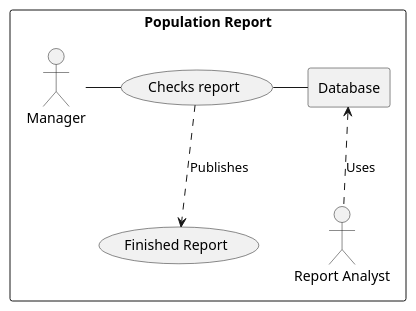
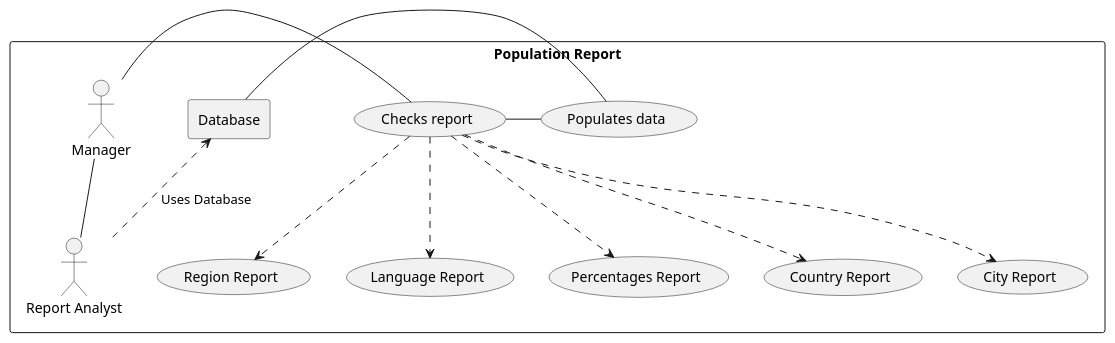
One commit to petertheverner/semethods changed the diagram in usecases/Population Report.puml. Above: the diagram before and after it, drawn with PlantUML.

Commit message:
Updated diagram

```diff
--- a/usecases/Population Report.puml
+++ b/usecases/Population Report.puml
@@ -1,20 +1,30 @@
 @startuml
 
 
 
 rectangle "Population Report" {
 
 actor RA as "Report Analyst"
 
                                rectangle Database
     usecase UC4 as "Checks report"
-
-    usecase UCa as "Finished Report"
+    usecase UC5 as "Populates data"
+    usecase UCa as "Country Report"
+    usecase UCb as "City Report"
+    usecase UCc as "Region Report"
+    usecase UCd as "Language Report"
+    usecase UCe as "Percentages Report"
 
     Manager - UC4
-    UC4 ..> UCa : Publishes
-    UC4 - Database
-    Database <.. RA : Uses
+    Manager - RA
+    UC4 ..> UCa
+    UC4 ..> UCb
+    UC4 ..> UCc
+    UC4 ..> UCd
+    UC4 ..> UCe
+    UC4 - UC5
+    UC5 - Database
+    Database <.. RA : Uses Database
 }
 
 @enduml
```
